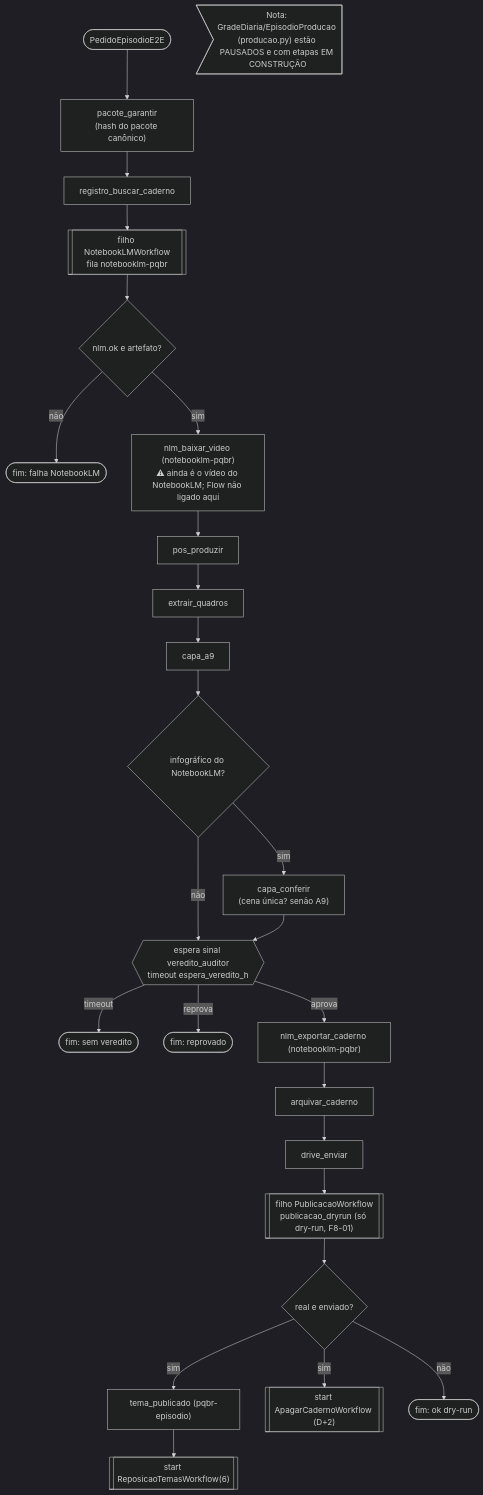
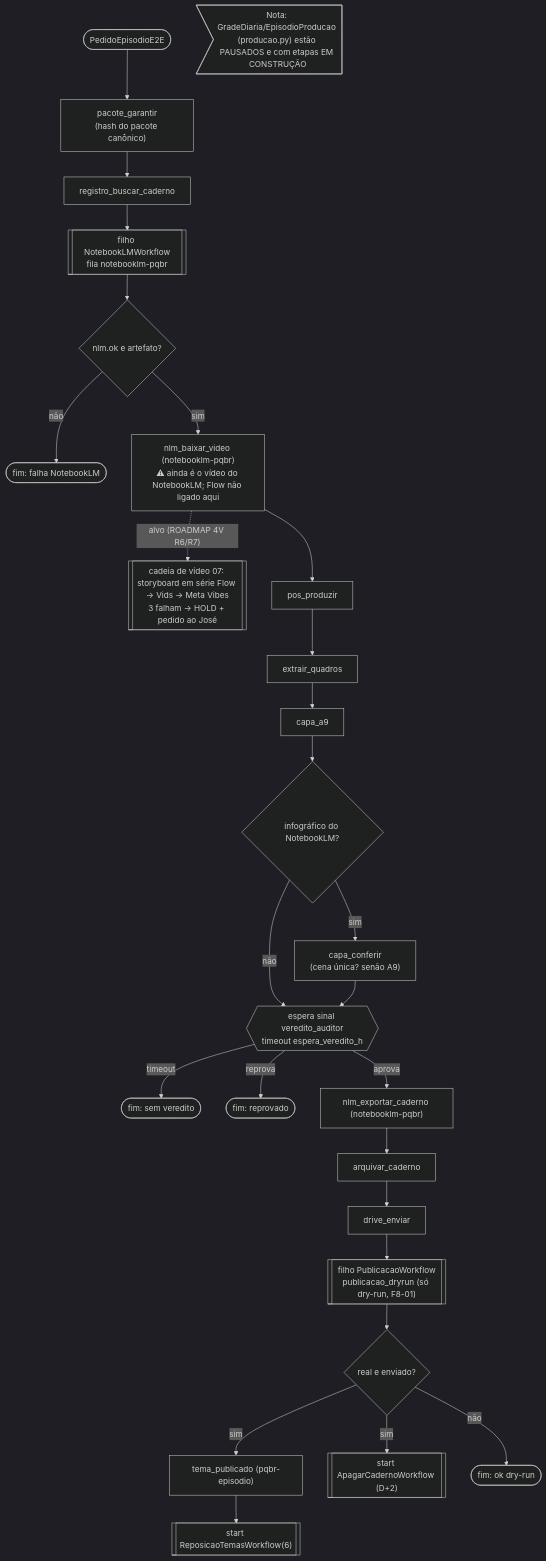
The diagram in docs/mapa/01-episodio.mmd (jvmendesjr/PQBR), drawn with Mermaid (dark theme) before and after one commit. The commit also changed 8 other files, not shown here.

Commit message:
t529: decisão HOLD na cadeia de vídeo, pesquisa extensões de geração em série, ROADMAP 4V, LACUNAS, mapas 07/01

```diff
--- a/docs/mapa/01-episodio.mmd
+++ b/docs/mapa/01-episodio.mmd
@@ -1,24 +1,25 @@
 %% EpisodioWorkflow (src/pqbr/workflows/episodio.py) — fila episodio-pqbr. Gerado do código 24/10/2026.
 flowchart TD
   S(["PedidoEpisodioE2E"]) --> A1["pacote_garantir<br/>(hash do pacote canônico)"]
   A1 --> A2["registro_buscar_caderno"]
   A2 --> W1[["filho NotebookLMWorkflow<br/>fila notebooklm-pqbr"]]
   W1 --> D1{"nlm.ok e artefato?"}
   D1 -- não --> F1(["fim: falha NotebookLM"])
   D1 -- sim --> A3["nlm_baixar_video (notebooklm-pqbr)<br/>⚠ ainda é o vídeo do NotebookLM; Flow não ligado aqui"]
+  A3 -. "alvo (ROADMAP 4V R6/R7)" .-> CV[["cadeia de vídeo 07: storyboard em série Flow → Vids → Meta Vibes<br/>3 falham → HOLD + pedido ao José"]]
   A3 --> A4["pos_produzir"] --> A5["extrair_quadros"] --> A6["capa_a9"]
   A6 --> D2{"infográfico do NotebookLM?"}
   D2 -- sim --> A7["capa_conferir<br/>(cena única? senão A9)"]
   D2 -- não --> W
   A7 --> W
   W{{"espera sinal veredito_auditor<br/>timeout espera_veredito_h"}}
   W -- timeout --> F2(["fim: sem veredito"])
   W -- reprova --> F3(["fim: reprovado"])
   W -- aprova --> A8["nlm_exportar_caderno (notebooklm-pqbr)"]
   A8 --> A9["arquivar_caderno"] --> A10["drive_enviar"]
   A10 --> W2[["filho PublicacaoWorkflow<br/>publicacao_dryrun (só dry-run, F8-01)"]]
   W2 --> D3{"real e enviado?"}
   D3 -- sim --> A11["tema_publicado (pqbr-episodio)"] --> W3[["start ReposicaoTemasWorkflow(6)"]]
   D3 -- sim --> W4[["start ApagarCadernoWorkflow (D+2)"]]
   D3 -- não --> F4(["fim: ok dry-run"])
   N1>"Nota: GradeDiaria/EpisodioProducao (producao.py) estão PAUSADOS e com etapas EM CONSTRUÇÃO"]
```
